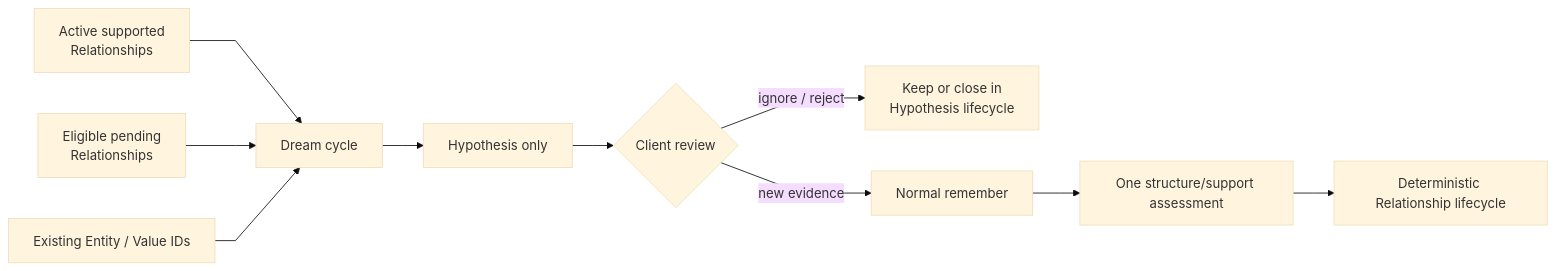
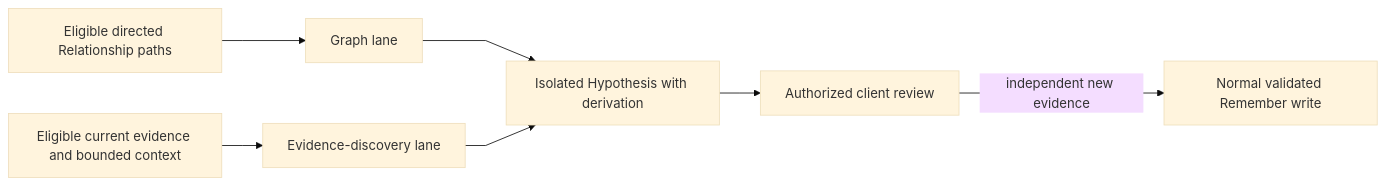
One commit to markhuangai/dense-mem changed the diagram in Dreaming.md. Above: the diagram before and after it, drawn with Mermaid (base theme). The commit also changed other lines of this file and 30 other files, not shown here.

````diff
--- a/Dreaming.md
+++ b/Dreaming.md
@@ -12,13 +9,10 @@
 ```mermaid
 %%{init: {"flowchart": {"curve": "linear"}}}%%
 flowchart LR
-  Active["Active supported<br/>Relationships"] --> Cycle["Dream cycle"]
-  Pending["Eligible pending<br/>Relationships"] --> Cycle
-  Nodes["Existing Entity / Value IDs"] --> Cycle
-  Cycle --> Hypothesis["Hypothesis only"]
-  Hypothesis --> Review{"Client review"}
-  Review -- ignore / reject --> Isolated["Keep or close in<br/>Hypothesis lifecycle"]
-  Review -- new evidence --> Remember["Normal remember"]
-  Remember --> Assess["One structure/support assessment"]
-  Assess --> Relationship["Deterministic Relationship lifecycle"]
+  Graph["Eligible directed Relationship paths"] --> GraphLane["Graph lane"]
+  Evidence["Eligible current evidence and bounded context"] --> EvidenceLane["Evidence-discovery lane"]
+  GraphLane --> Hypothesis["Isolated Hypothesis with derivation"]
+  EvidenceLane --> Hypothesis
+  Hypothesis --> Review["Authorized client review"]
+  Review -- independent new evidence --> Remember["Normal validated Remember write"]
 ```
````
